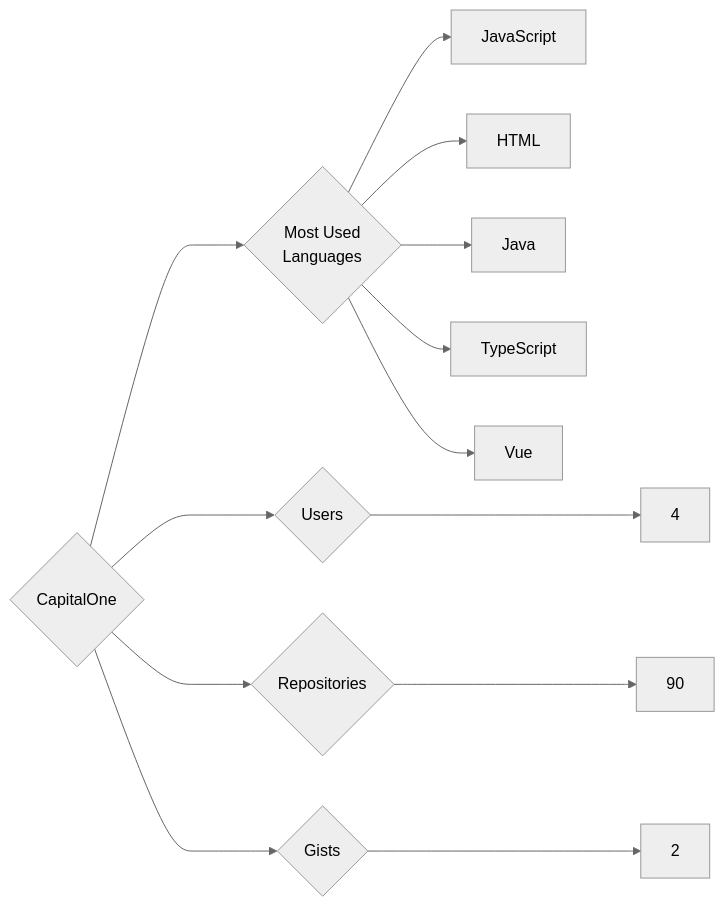
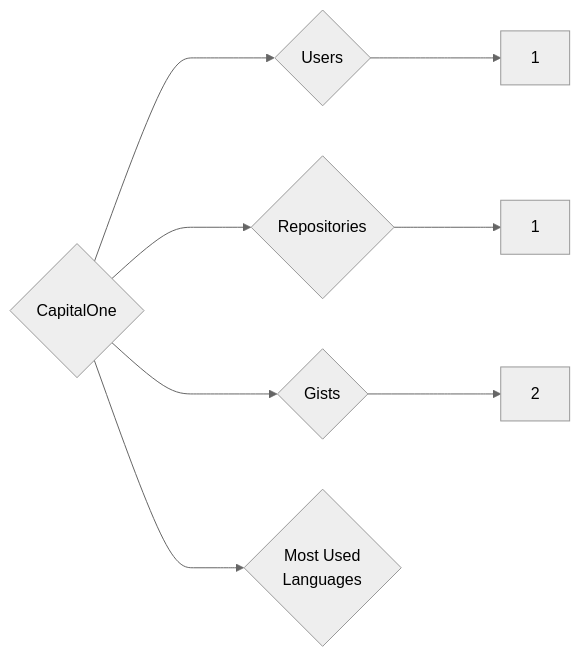
One commit to trickest/insiders changed the diagram in targets/CapitalOne/README.md. Above: the diagram before and after it, drawn with Mermaid (neutral theme). The commit also changed 815 other files, not shown here.

````diff
--- a/targets/CapitalOne/README.md
+++ b/targets/CapitalOne/README.md
@@ -3,13 +3,8 @@
 ```mermaid
 graph LR
 COMPANY_NAME{CapitalOne}
-COMPANY_NAME ---> U{Users} ---> UN[4]
-COMPANY_NAME ---> R{Repositories} ---> RN[90]
+COMPANY_NAME ---> U{Users} ---> UN[1]
+COMPANY_NAME ---> R{Repositories} ---> RN[1]
 COMPANY_NAME ---> G{Gists} ---> GN[2]
 COMPANY_NAME ---> ML{Most Used<br>Languages}
-ML --> JavaScript[JavaScript]
-ML --> HTML[HTML]
-ML --> Java[Java]
-ML --> TypeScript[TypeScript]
-ML --> Vue[Vue]
 ```
````
